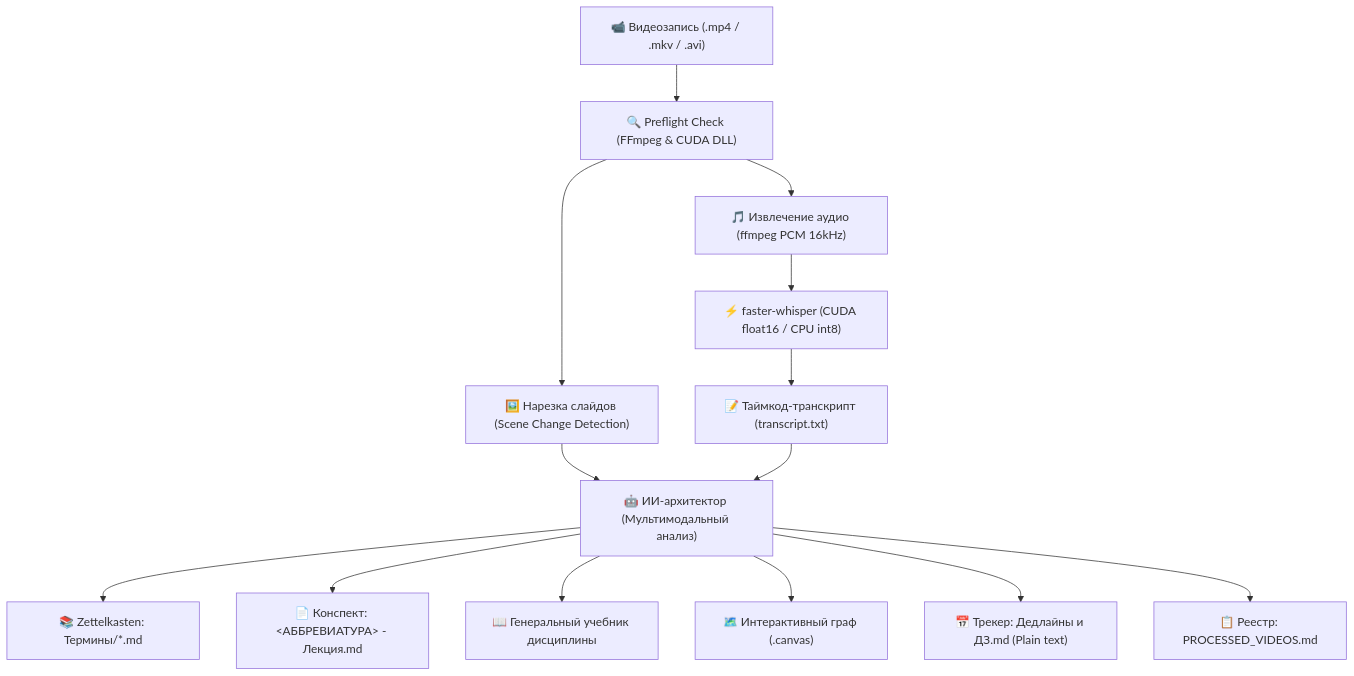
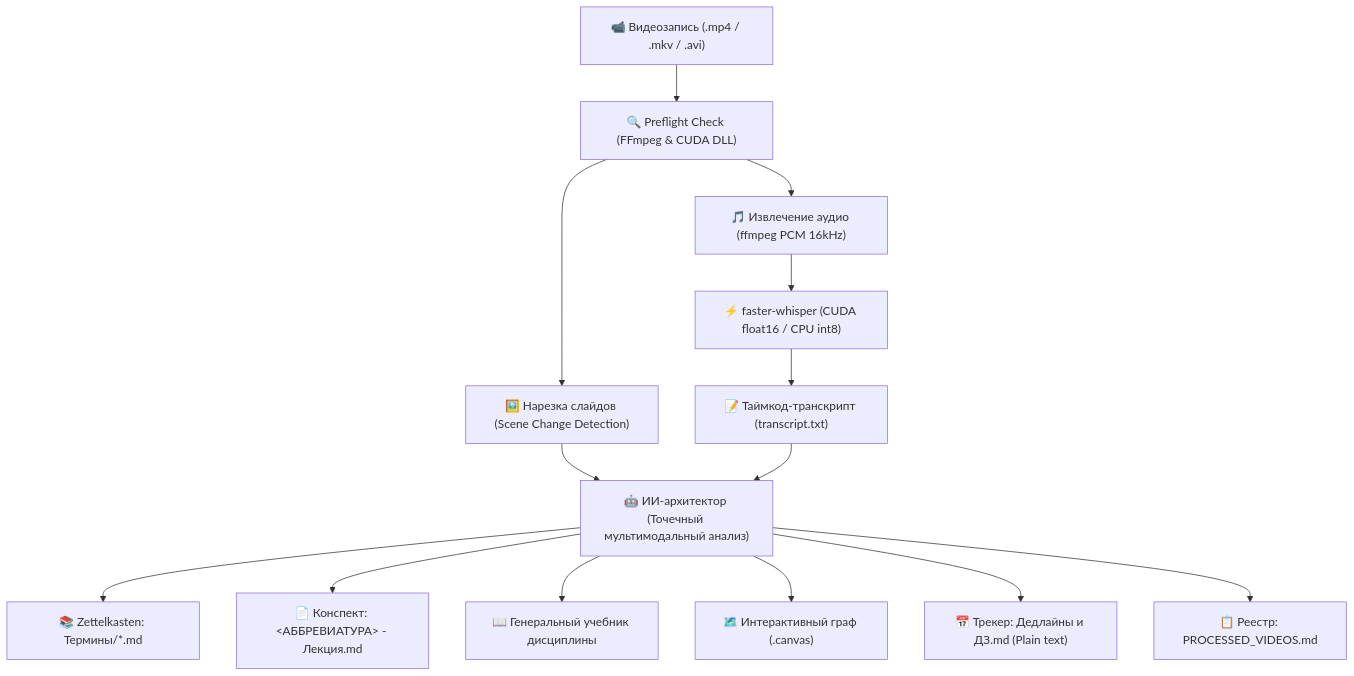
Before and after one commit to Gupkagrop/gupkascribe: the diagram in README.md, drawn with Mermaid. The commit also changed other lines of this file and 10 other files, not shown here.

````diff
--- a/README.md
+++ b/README.md
@@ -59,16 +63,16 @@
 ```mermaid
 flowchart TD
     Video["📹 Видеозапись (.mp4 / .mkv / .avi)"] --> Preflight["🔍 Preflight Check (FFmpeg & CUDA DLL)"]
     Preflight --> Audio["🎵 Извлечение аудио (ffmpeg PCM 16kHz)"]
     Preflight --> Frames["🖼️ Нарезка слайдов (Scene Change Detection)"]
     Audio --> Whisper["⚡ faster-whisper (CUDA float16 / CPU int8)"]
     Whisper --> Transcript["📝 Таймкод-транскрипт (transcript.txt)"]
-    Frames --> Agent["🤖 ИИ-архитектор (Мультимодальный анализ)"]
+    Frames --> Agent["🤖 ИИ-архитектор (Точечный мультимодальный анализ)"]
     Transcript --> Agent
     Agent --> Zettel["📚 Zettelkasten: Термины/*.md"]
     Agent --> Note["📄 Конспект: <АББРЕВИАТУРА> - Лекция.md"]
     Agent --> Book["📖 Генеральный учебник дисциплины"]
     Agent --> Canvas["🗺️ Интерактивный граф (.canvas)"]
     Agent --> Deadlines["📅 Трекер: Дедлайны и ДЗ.md (Plain text)"]
     Agent --> Registry["📋 Реестр: PROCESSED_VIDEOS.md"]
 ```
````
